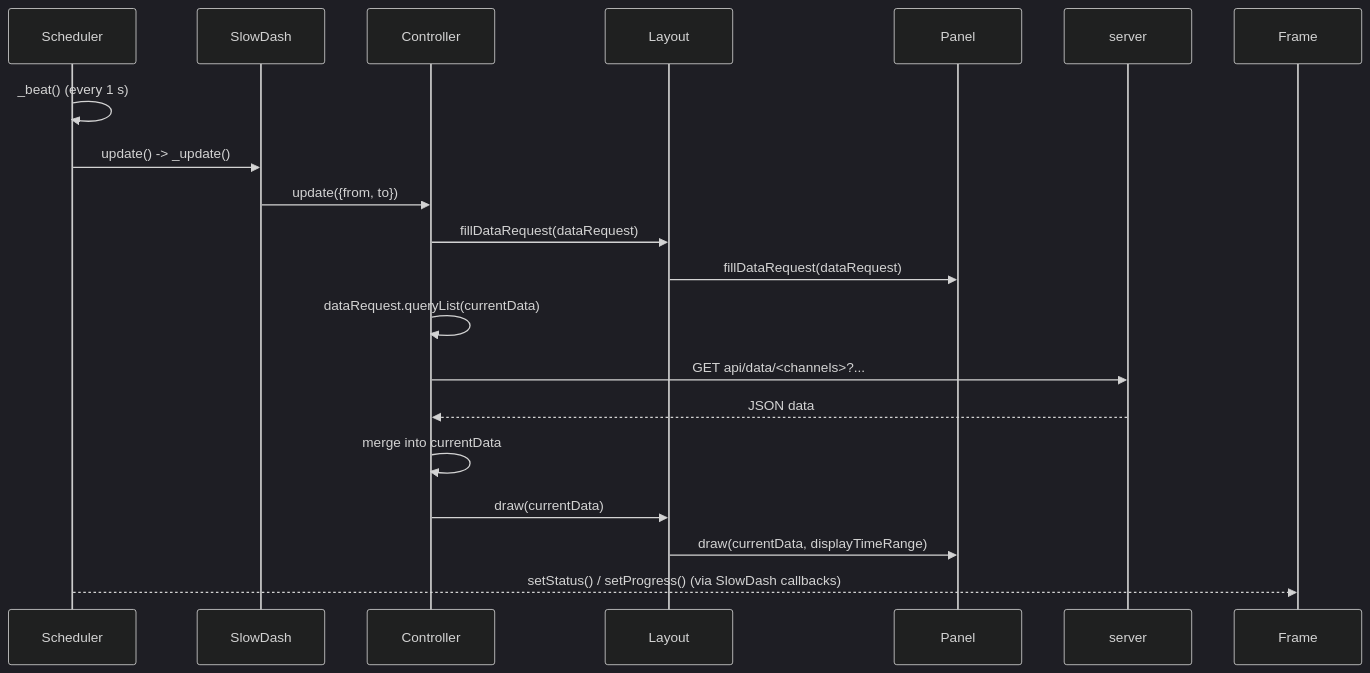
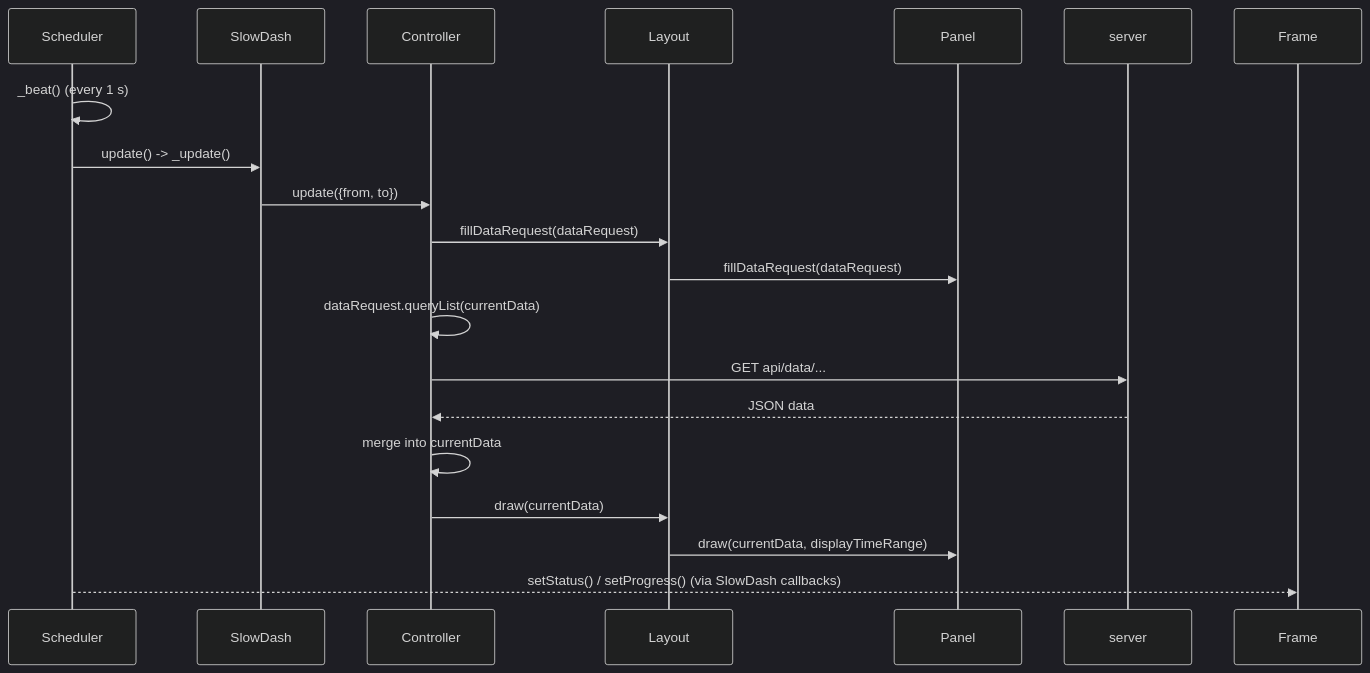
Before and after one commit to slowproj/slowdash: the third of 4 diagrams in docs/SourceStructureFrontend.md, drawn with Mermaid (dark theme). The commit also changed other lines of this file and 7 other files, not shown here.

Commit message:
Documentation: bugfix on Mermaid charts

````diff
--- a/docs/SourceStructureFrontend.md
+++ b/docs/SourceStructureFrontend.md
@@ -575,23 +573,23 @@
 ```mermaid
 sequenceDiagram
     participant SC as Scheduler
     participant SD as SlowDash
     participant CO as Controller
     participant LO as Layout
     participant PA as Panel
     participant API as server
     participant FR as Frame
 
     SC->>SC: _beat() (every 1 s)
     SC->>SD: update() -> _update()
     SD->>CO: update({from, to})
     CO->>LO: fillDataRequest(dataRequest)
     LO->>PA: fillDataRequest(dataRequest)
     CO->>CO: dataRequest.queryList(currentData)
-    CO->>API: GET api/data/<channels>?...
+    CO->>API: GET api/data/...
     API-->>CO: JSON data
     CO->>CO: merge into currentData
     CO->>LO: draw(currentData)
     LO->>PA: draw(currentData, displayTimeRange)
     SC-->>FR: setStatus() / setProgress() (via SlowDash callbacks)
 ```
````
